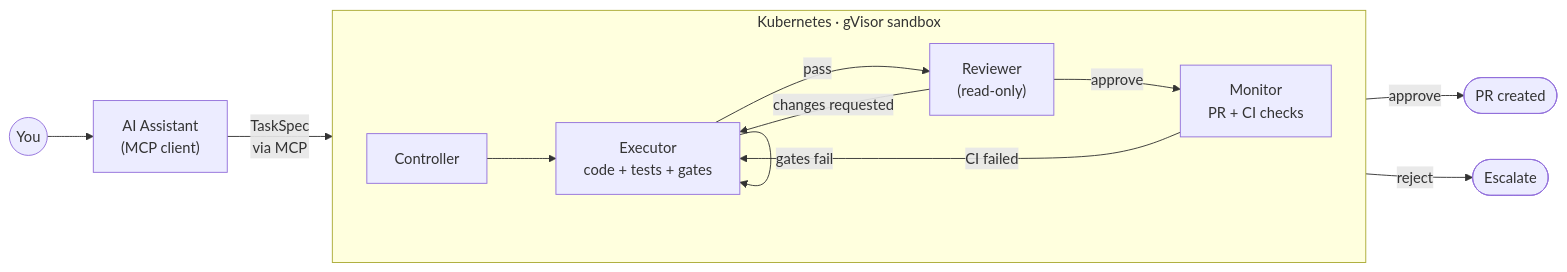
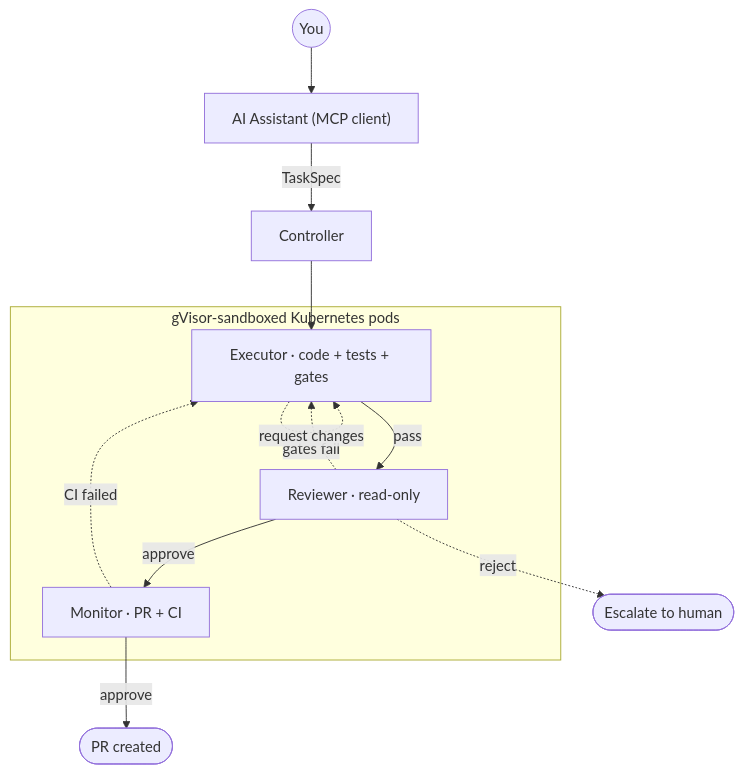
The diagram in README.md (kuuji/nubi), drawn with Mermaid before and after one commit.

Commit message:
docs: switch diagram to top-down layout with dotted feedback lines
Vertical flow avoids the backward-arrow layout issues in LR mode.
Dotted lines for feedback loops, solid for the happy path.

````diff
--- a/README.md
+++ b/README.md
@@ -9,20 +9,20 @@
 ```mermaid
-flowchart LR
-    Human(("You")) --> Assistant["AI Assistant<br/>(MCP client)"]
-    Assistant -- "TaskSpec<br/>via MCP" --> Controller
+flowchart TD
+    You(("You")) --> Assistant["AI Assistant (MCP client)"]
+    Assistant -- TaskSpec --> Controller["Controller"]
 
-    subgraph K8s ["Kubernetes · gVisor sandbox"]
-        direction LR
-        Controller["Controller"] --> Executor
-        Executor["Executor<br/>code + tests + gates"] -- pass --> Reviewer
-        Reviewer["Reviewer<br/>(read-only)"] -- approve --> Monitor
-        Monitor["Monitor<br/>PR + CI checks"]
+    Controller --> Executor
+
+    subgraph Pipeline ["gVisor-sandboxed Kubernetes pods"]
+        Executor["Executor · code + tests + gates"]
+        Executor -- pass --> Reviewer["Reviewer · read-only"]
+        Reviewer -- approve --> Monitor["Monitor · PR + CI"]
     end
 
-    Executor -- "gates fail" --> Executor
-    Reviewer -- "changes requested" --> Executor
-    Monitor -- "CI failed" --> Executor
+    Executor -. "gates fail" .-> Executor
+    Reviewer -. "request changes" .-> Executor
+    Monitor -. "CI failed" .-> Executor
 
     Monitor -- approve --> Done(["PR created"])
-    Reviewer -- reject --> Escalate(["Escalate"])
+    Reviewer -. reject .-> Escalate(["Escalate to human"])
 ```
````
